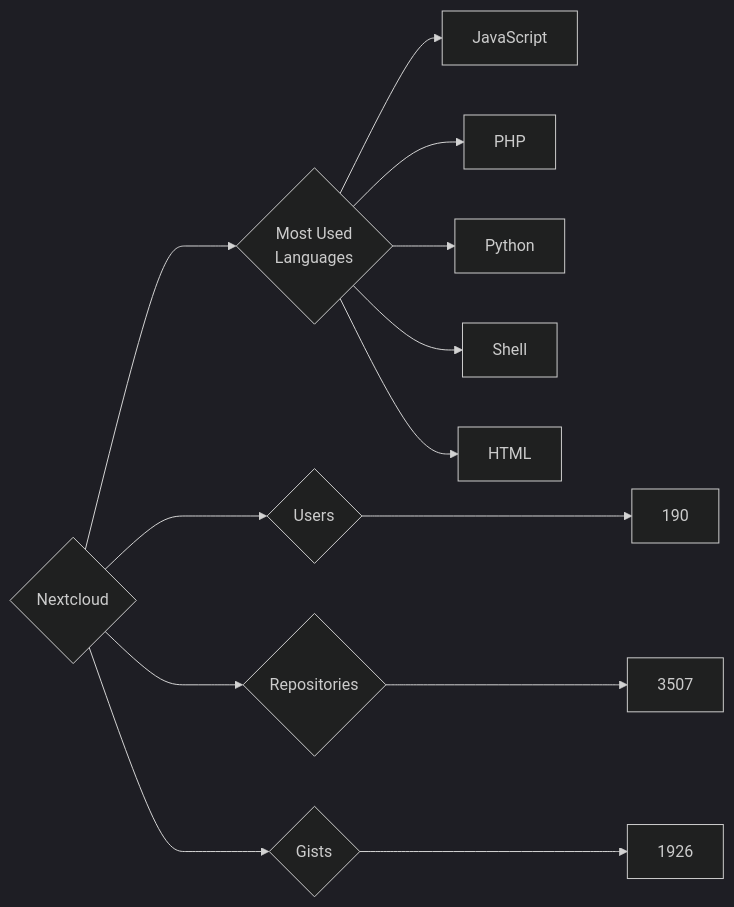
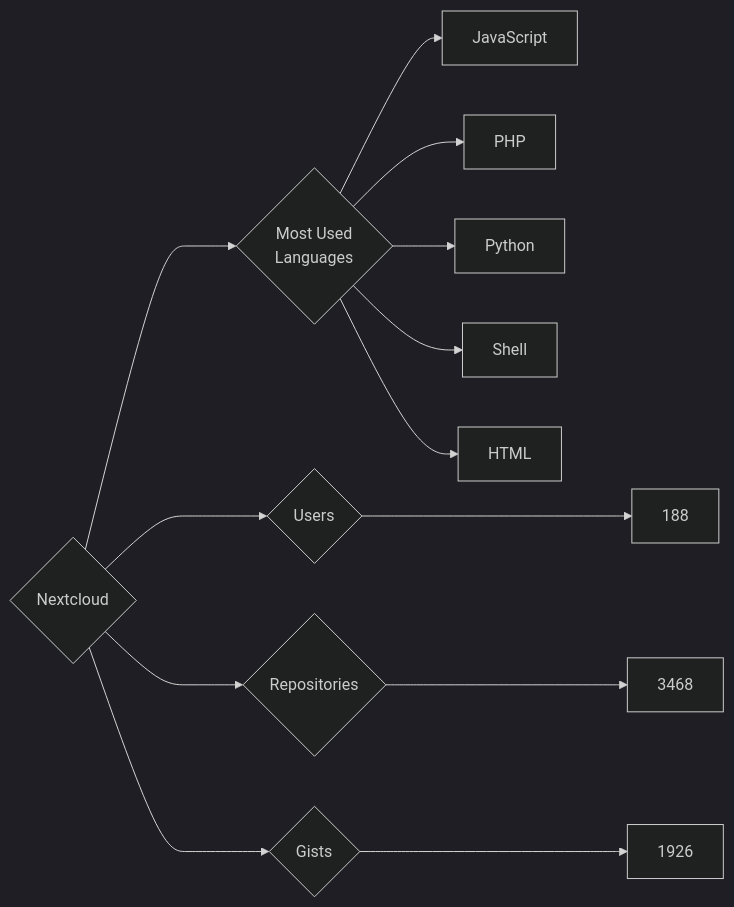
One commit to trickest/insiders changed the diagram in targets/Nextcloud/README.md. Above: the diagram before and after it, drawn with Mermaid (dark theme). The commit also changed 715 other files, not shown here.

````diff
--- a/targets/Nextcloud/README.md
+++ b/targets/Nextcloud/README.md
@@ -3,13 +3,13 @@
 ```mermaid
 graph LR
 COMPANY_NAME{Nextcloud}
-COMPANY_NAME ---> U{Users} ---> UN[190]
-COMPANY_NAME ---> R{Repositories} ---> RN[3507]
+COMPANY_NAME ---> U{Users} ---> UN[188]
+COMPANY_NAME ---> R{Repositories} ---> RN[3468]
 COMPANY_NAME ---> G{Gists} ---> GN[1926]
 COMPANY_NAME ---> ML{Most Used<br>Languages}
 ML --> JavaScript[JavaScript]
 ML --> PHP[PHP]
 ML --> Python[Python]
 ML --> Shell[Shell]
 ML --> HTML[HTML]
 ```
````
